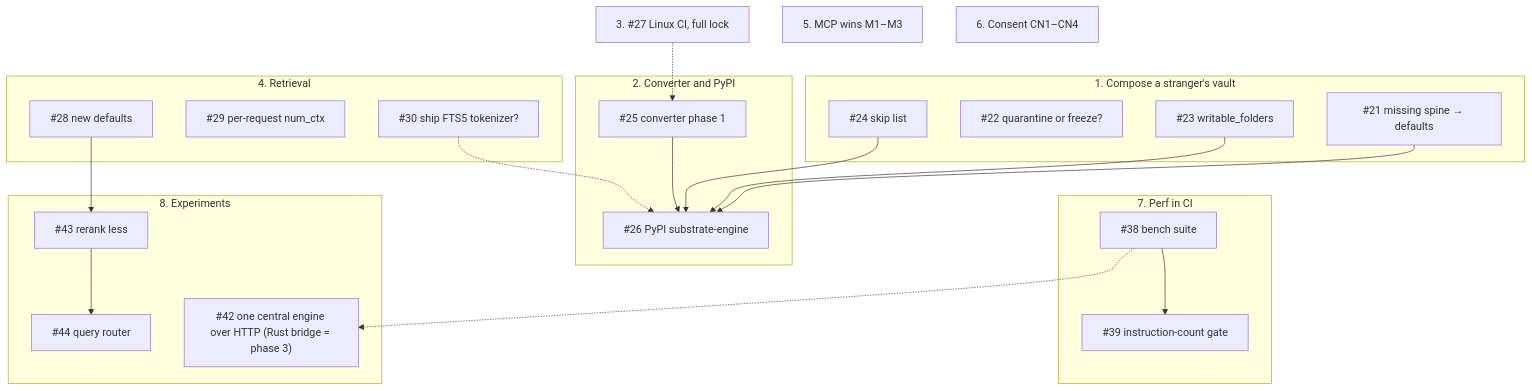
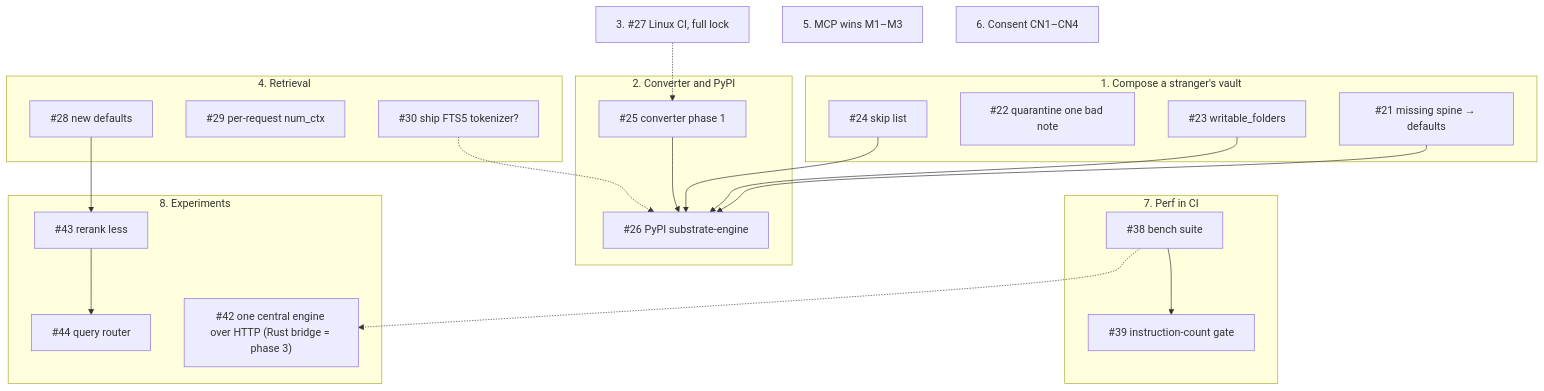
The diagram in ROADMAP.md (Ronan-Wood/substrate), drawn with Mermaid before and after one commit. The commit also changed other lines of this file and 50 other files, not shown here.

````diff
--- a/ROADMAP.md
+++ b/ROADMAP.md
@@ -44,36 +44,36 @@
 ```mermaid
 flowchart TD
     subgraph pip["1. Compose a stranger's vault"]
         PB1["#21 missing spine → defaults"]
-        PB2["#22 quarantine or freeze?"]
+        PB2["#22 quarantine one bad note"]
         PB3["#23 writable_folders"]
         PB4["#24 skip list"]
     end
     subgraph pkg["2. Converter and PyPI"]
         CV1["#25 converter phase 1"]
         CV2["#26 PyPI substrate-engine"]
     end
     L1["3. #27 Linux CI, full lock"]
     subgraph ret["4. Retrieval"]
         R3["#28 new defaults"]
         R4["#29 per-request num_ctx"]
         R2["#30 ship FTS5 tokenizer?"]
     end
     M["5. MCP wins M1–M3"]
     CN["6. Consent CN1–CN4"]
     subgraph perf["7. Perf in CI"]
         P1["#38 bench suite"] --> P2["#39 instruction-count gate"]
     end
     subgraph exp["8. Experiments"]
         E4["#43 rerank less"] --> E5["#44 query router"]
         E9["#42 one central engine over HTTP (Rust bridge = phase 3)"]
     end
     PB1 --> CV2
     PB3 --> CV2
     PB4 --> CV2
     CV1 --> CV2
     L1 -.-> CV1
     R2 -.-> CV2
     R3 --> E4
     P1 -.-> E9
 ```
````
